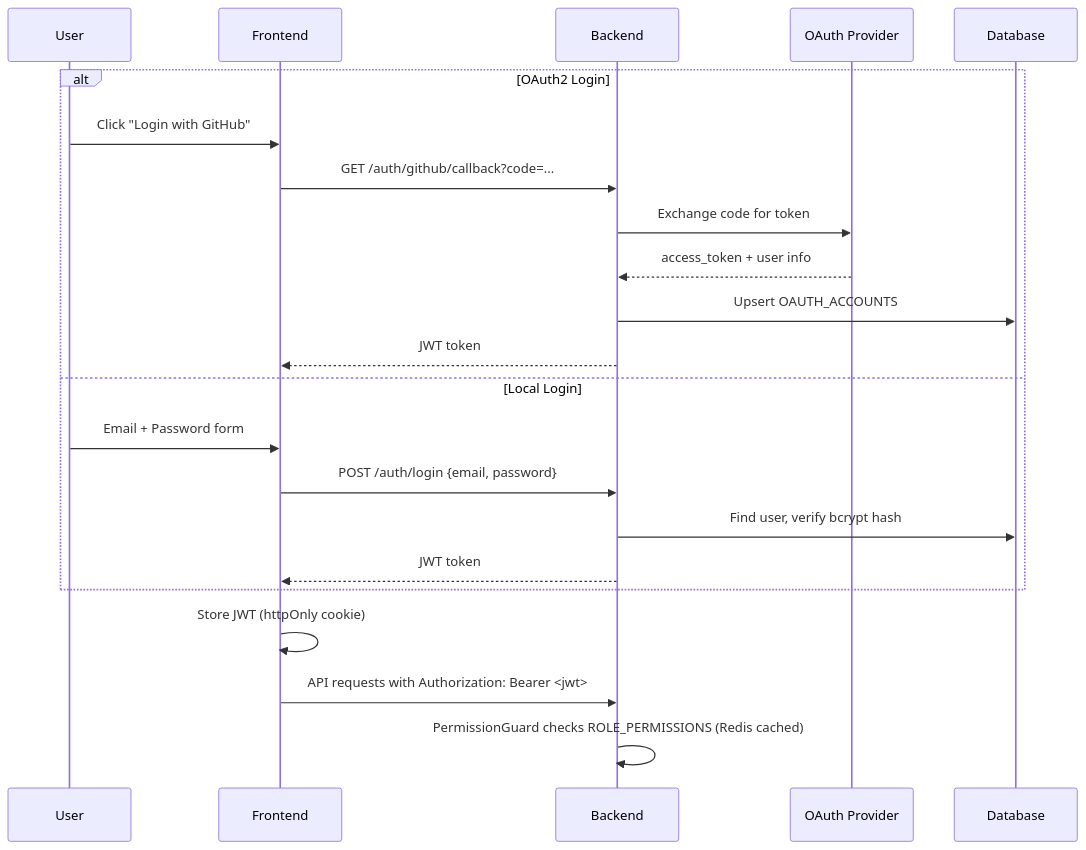
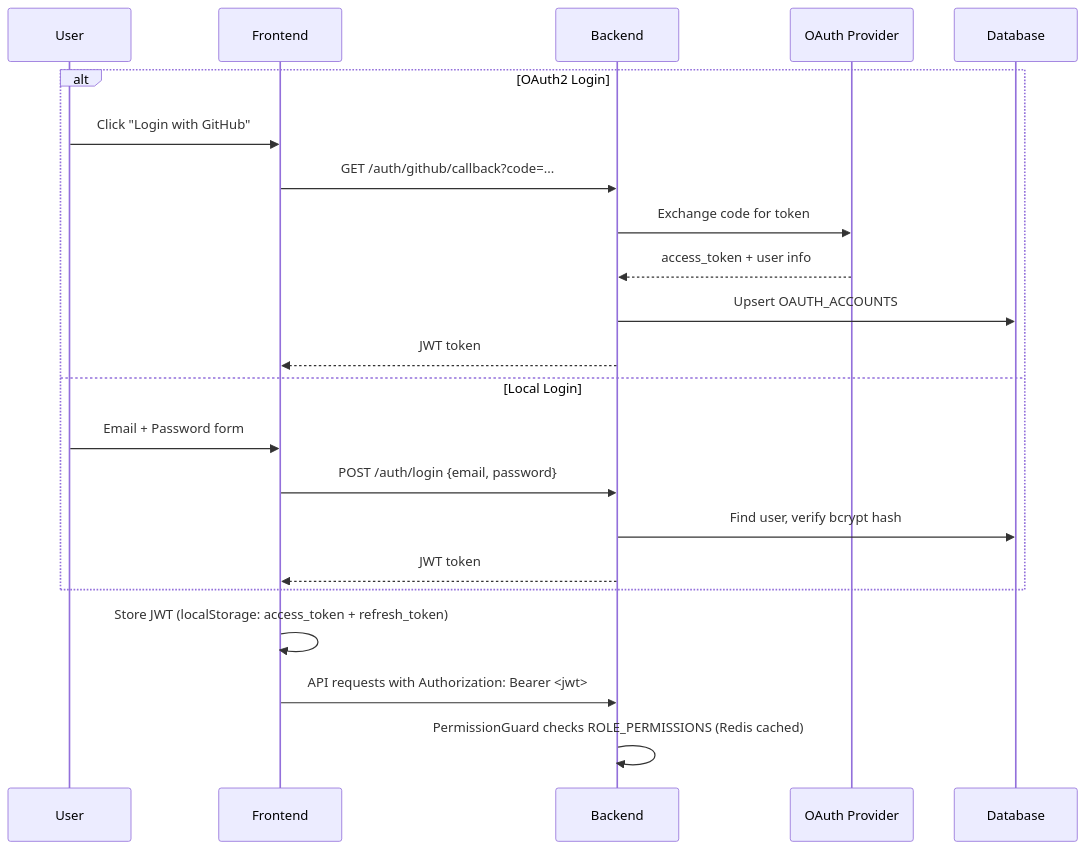
The fourth of 4 diagrams in docs/diagrams/architecture-diagram.md (dotch3/QAuthority), drawn with Mermaid before and after one commit. The commit also changed other lines of this file and 14 other files, not shown here.

Commit message:
docs: rewrite READMEs with local+docker setup, untrack docs/superpowers/, fix architecture diagram

````diff
--- a/docs/diagrams/architecture-diagram.md
+++ b/docs/diagrams/architecture-diagram.md
@@ -125,26 +125,26 @@
 ```mermaid
 sequenceDiagram
     participant U as User
     participant FE as Frontend
     participant BE as Backend
     participant OP as OAuth Provider
     participant DB as Database
 
     alt OAuth2 Login
         U->>FE: Click "Login with GitHub"
         FE->>BE: GET /auth/github/callback?code=...
         BE->>OP: Exchange code for token
         OP-->>BE: access_token + user info
         BE->>DB: Upsert OAUTH_ACCOUNTS
         BE-->>FE: JWT token
     else Local Login
         U->>FE: Email + Password form
         FE->>BE: POST /auth/login {email, password}
         BE->>DB: Find user, verify bcrypt hash
         BE-->>FE: JWT token
     end
 
-    FE->>FE: Store JWT (httpOnly cookie)
+    FE->>FE: Store JWT (localStorage: access_token + refresh_token)
     FE->>BE: API requests with Authorization: Bearer <jwt>
     BE->>BE: PermissionGuard checks ROLE_PERMISSIONS (Redis cached)
 ```
````
